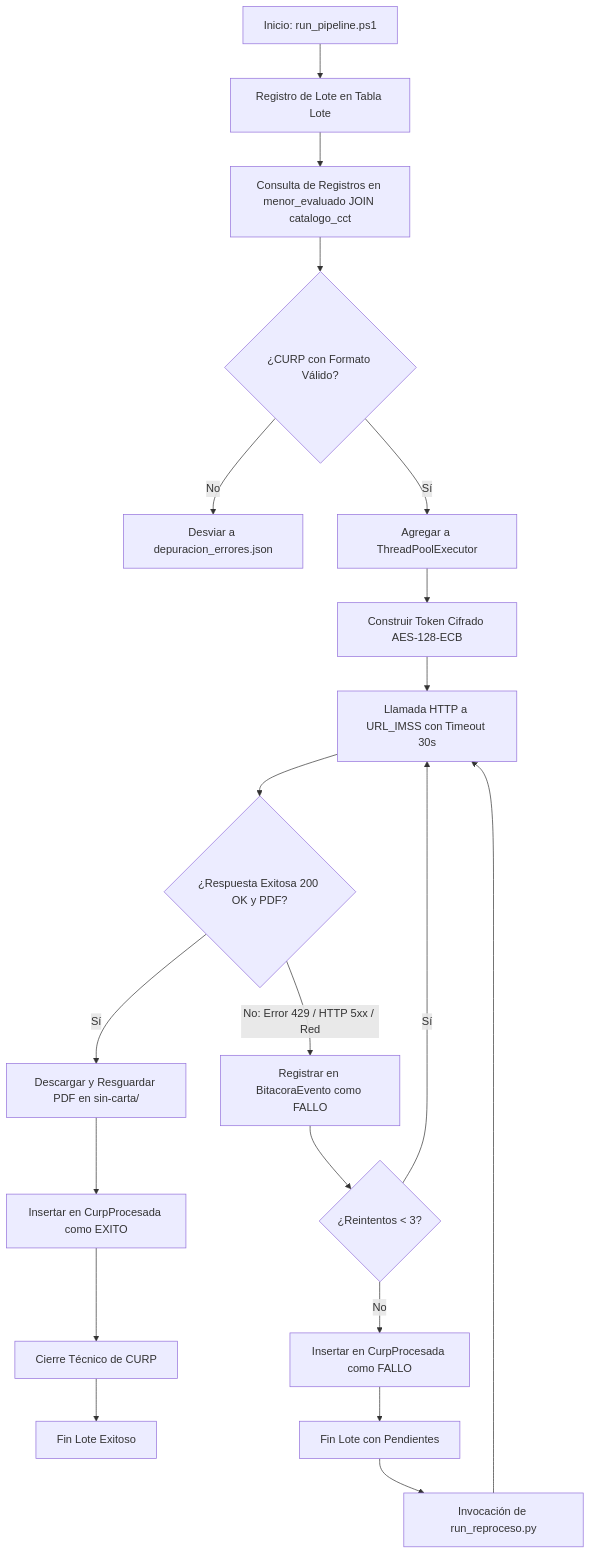
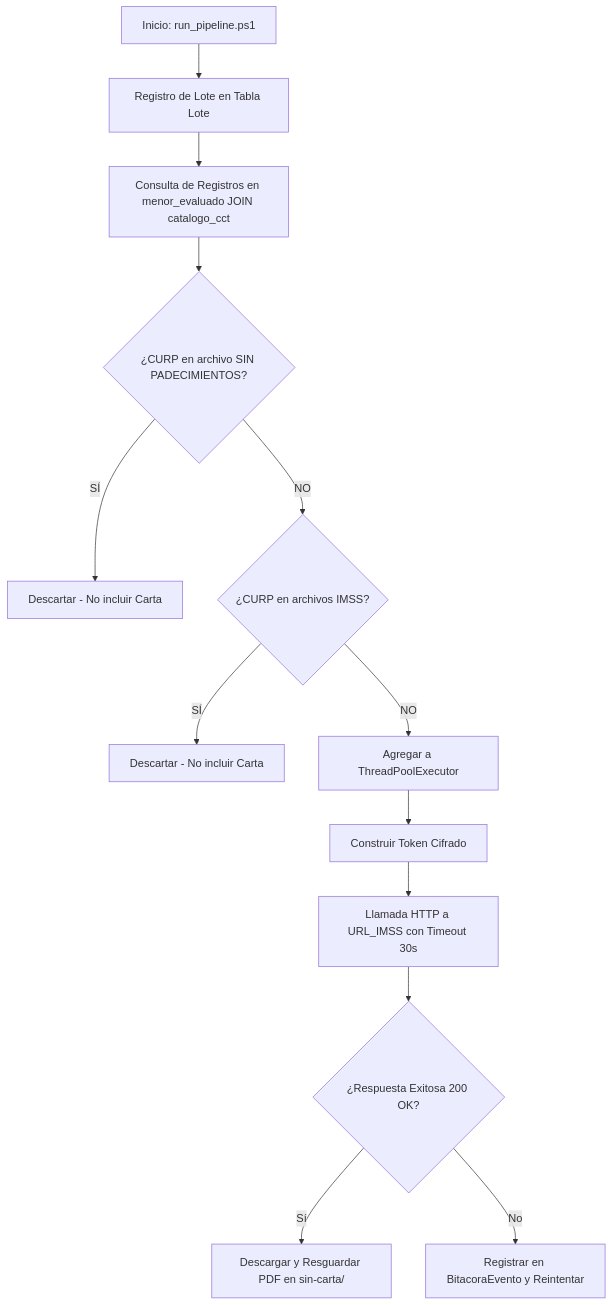
Before and after one commit to vlarrea68/ACTIVIDADES_2026: the diagram in 04-Abril-Mayo/Entregables/2026-05/01-Reporte_Especificaciones_Vida_Saludable_2026-05.md, drawn with Mermaid. The commit also changed other lines of this file and 17 other files, not shown here.

````diff
--- a/04-Abril-Mayo/Entregables/2026-05/01-Reporte_Especificaciones_Vida_Saludable_2026-05.md
+++ b/04-Abril-Mayo/Entregables/2026-05/01-Reporte_Especificaciones_Vida_Saludable_2026-05.md
@@ -32,22 +43,15 @@
 ```mermaid
 flowchart TD
     A[Inicio: run_pipeline.ps1] --> B[Registro de Lote en Tabla Lote]
     B --> C[Consulta de Registros en menor_evaluado JOIN catalogo_cct]
-    C --> D{¿CURP con Formato Válido?}
-    D -- No --> E[Desviar a depuracion_errores.json]
-    D -- Sí --> F[Agregar a ThreadPoolExecutor]
-    F --> G[Construir Token Cifrado AES-128-ECB]
-    G --> H[Llamada HTTP a URL_IMSS con Timeout 30s]
-    H --> I{¿Respuesta Exitosa 200 OK y PDF?}
-    I -- Sí --> J[Descargar y Resguardar PDF en sin-carta/]
-    J --> K[Insertar en CurpProcesada como EXITO]
-    I -- No: Error 429 / HTTP 5xx / Red --> L[Registrar en BitacoraEvento como FALLO]
-    L --> M{¿Reintentos < 3?}
-    M -- Sí --> H
-    M -- No --> N[Insertar en CurpProcesada como FALLO]
-    K --> O[Cierre Técnico de CURP]
-    N --> P[Fin Lote con Pendientes]
-    O --> Q[Fin Lote Exitoso]
-    P --> R[Invocación de run_reproceso.py]
-    R --> H
+    C --> D{¿CURP en archivo SIN PADECIMIENTOS?}
+    D -- SÍ --> E[Descartar - No incluir Carta]
+    D -- NO --> F{¿CURP en archivos IMSS?}
+    F -- SÍ --> G[Descartar - No incluir Carta]
+    F -- NO --> H[Agregar a ThreadPoolExecutor]
+    H --> I[Construir Token Cifrado]
+    I --> J[Llamada HTTP a URL_IMSS con Timeout 30s]
+    J --> K{¿Respuesta Exitosa 200 OK?}
+    K -- Sí --> L[Descargar y Resguardar PDF en sin-carta/]
+    K -- No --> M[Registrar en BitacoraEvento y Reintentar]
 ```
````
